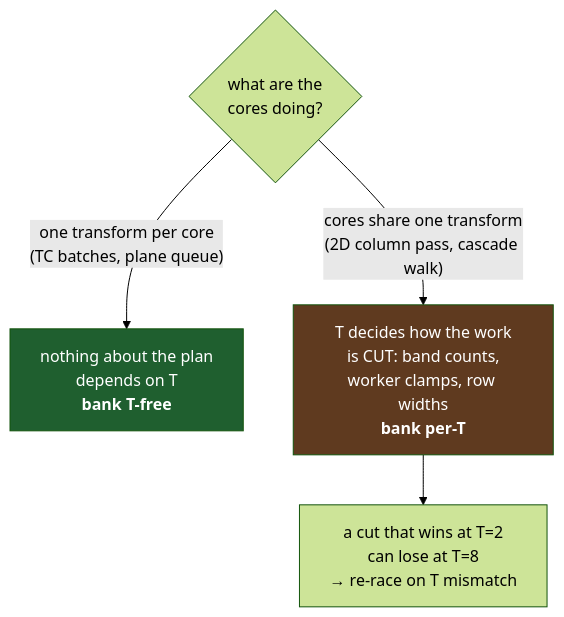
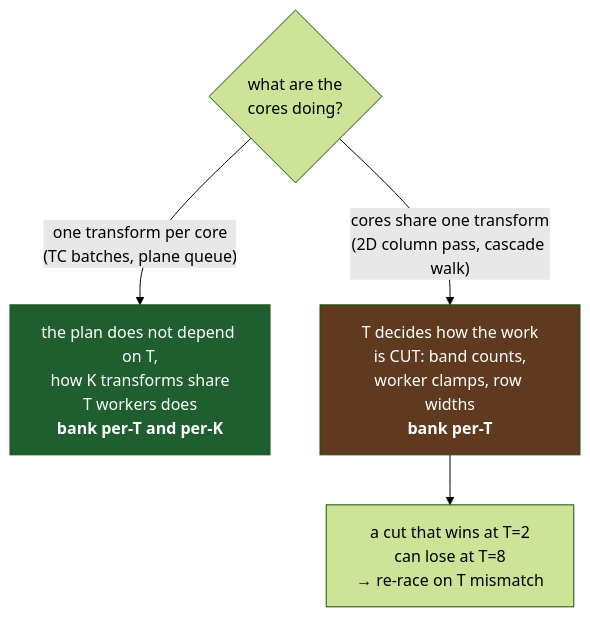
Before and after one commit to Tugbars/VectorFFT: the fourth of 14 diagrams in docs/design/planning_model.md, drawn with Mermaid (forest theme). The commit also changed other lines of this file and 27 other files, not shown here.

````diff
--- a/docs/design/planning_model.md
+++ b/docs/design/planning_model.md
@@ -315,10 +315,10 @@
 ```mermaid
 flowchart TD
     MT{"what are the<br/>cores doing?"}
-    MT -->|"one transform per core<br/>(TC batches, plane queue)"| A["nothing about the plan<br/>depends on T<br/><b>bank T-free</b>"]
+    MT -->|"one transform per core<br/>(TC batches, plane queue)"| A["the plan does not depend on T,<br/>how K transforms share<br/>T workers does<br/><b>bank per-T and per-K</b>"]
     MT -->|"cores share one transform<br/>(2D column pass, cascade walk)"| B["T decides how the work<br/>is CUT: band counts,<br/>worker clamps, row widths<br/><b>bank per-T</b>"]
     B --> C["a cut that wins at T=2<br/>can lose at T=8<br/>&rarr; re-race on T mismatch"]
 
     style A fill:#1f5f2f,color:#fff
     style B fill:#5f3a1f,color:#fff
 ```
````
